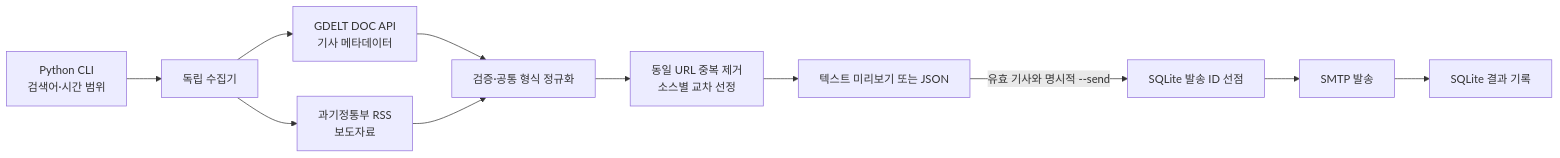
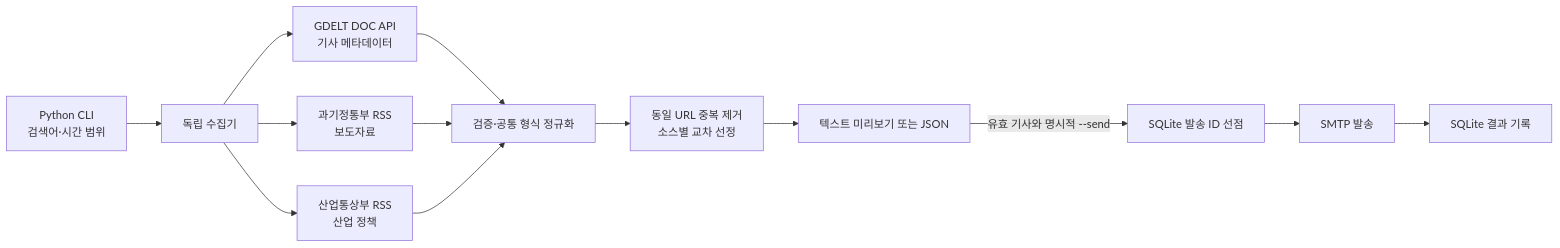
The diagram in README.md (nuguri12/semiconductor-industry-briefing), drawn with Mermaid before and after one commit. The commit also changed other lines of this file and 21 other files, not shown here.

````diff
--- a/README.md
+++ b/README.md
@@ -11,13 +11,15 @@
 ```mermaid
 flowchart LR
   CLI[Python CLI<br/>검색어·시간 범위] --> COL[독립 수집기]
   COL --> G[GDELT DOC API<br/>기사 메타데이터]
   COL --> M[과기정통부 RSS<br/>보도자료]
+  COL --> T[산업통상부 RSS<br/>산업 정책]
   G --> N[검증·공통 형식 정규화]
   M --> N
+  T --> N
   N --> D[동일 URL 중복 제거<br/>소스별 교차 선정]
   D --> O[텍스트 미리보기 또는 JSON]
   O -->|유효 기사와 명시적 --send| L[SQLite 발송 ID 선점]
   L --> SMTP[SMTP 발송]
   SMTP --> R[SQLite 결과 기록]
 ```
````
